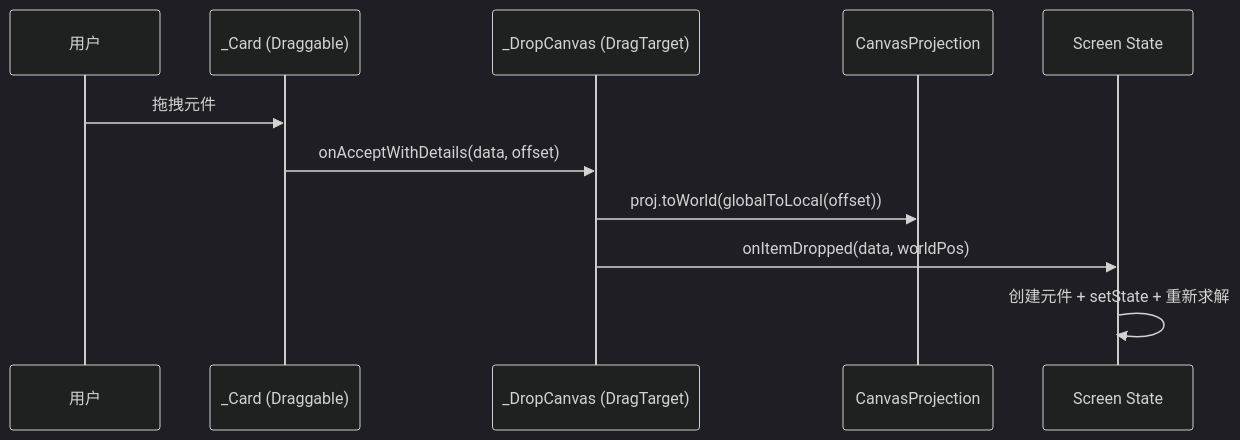
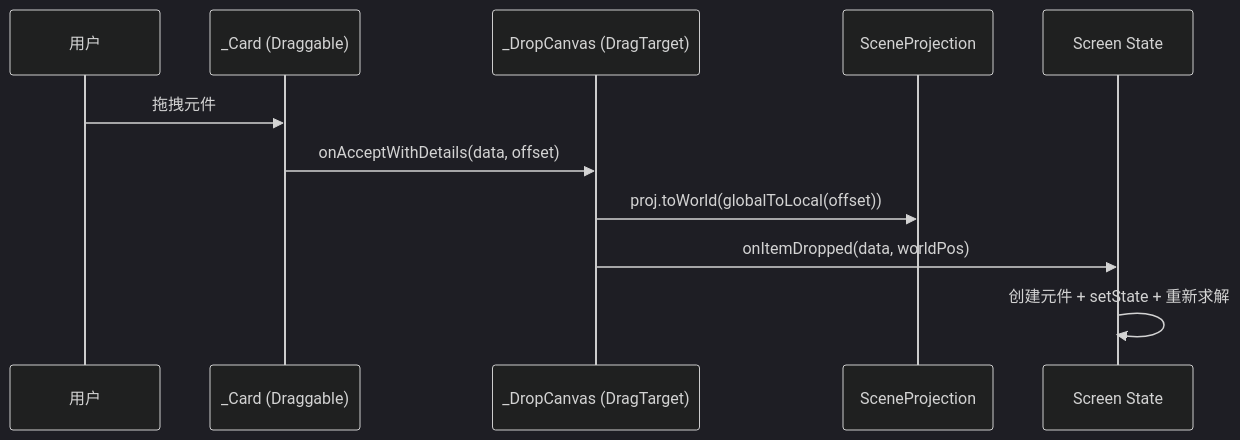
The diagram in docs/knowledge/kratos/frontend/drag-drop-workspace.md (kenGH12345/KartosLab), drawn with Mermaid (dark theme) before and after one commit. The commit also changed other lines of this file and 14 other files, not shown here.

````diff
--- a/docs/knowledge/kratos/frontend/drag-drop-workspace.md
+++ b/docs/knowledge/kratos/frontend/drag-drop-workspace.md
@@ -44,13 +49,13 @@
 ```mermaid
 sequenceDiagram
     participant U as 用户
     participant Card as _Card (Draggable)
     participant DC as _DropCanvas (DragTarget)
-    participant P as CanvasProjection
+    participant P as SceneProjection
     participant S as Screen State
     U->>Card: 拖拽元件
     Card->>DC: onAcceptWithDetails(data, offset)
     DC->>P: proj.toWorld(globalToLocal(offset))
     DC->>S: onItemDropped(data, worldPos)
     S->>S: 创建元件 + setState + 重新求解
 ```
````
